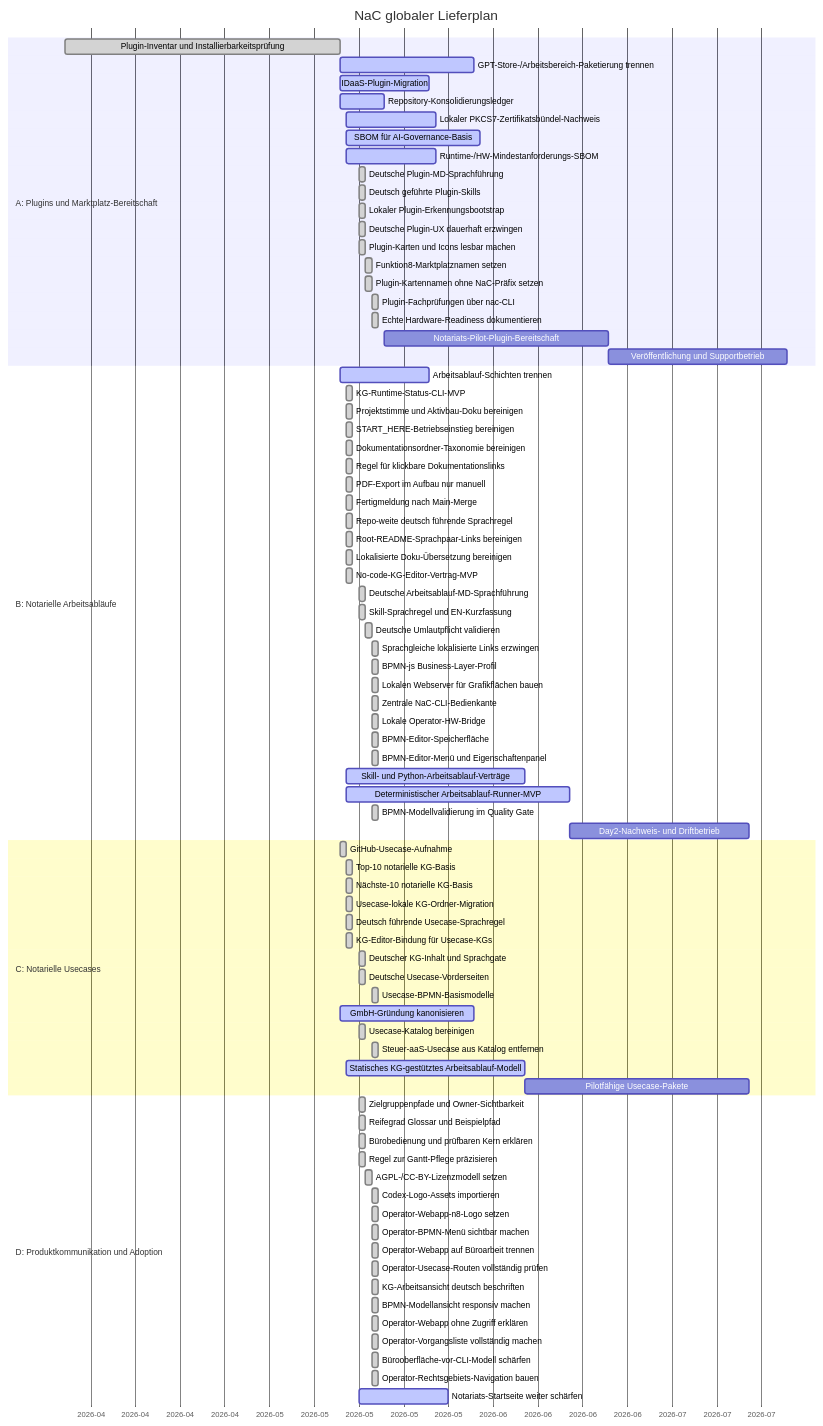
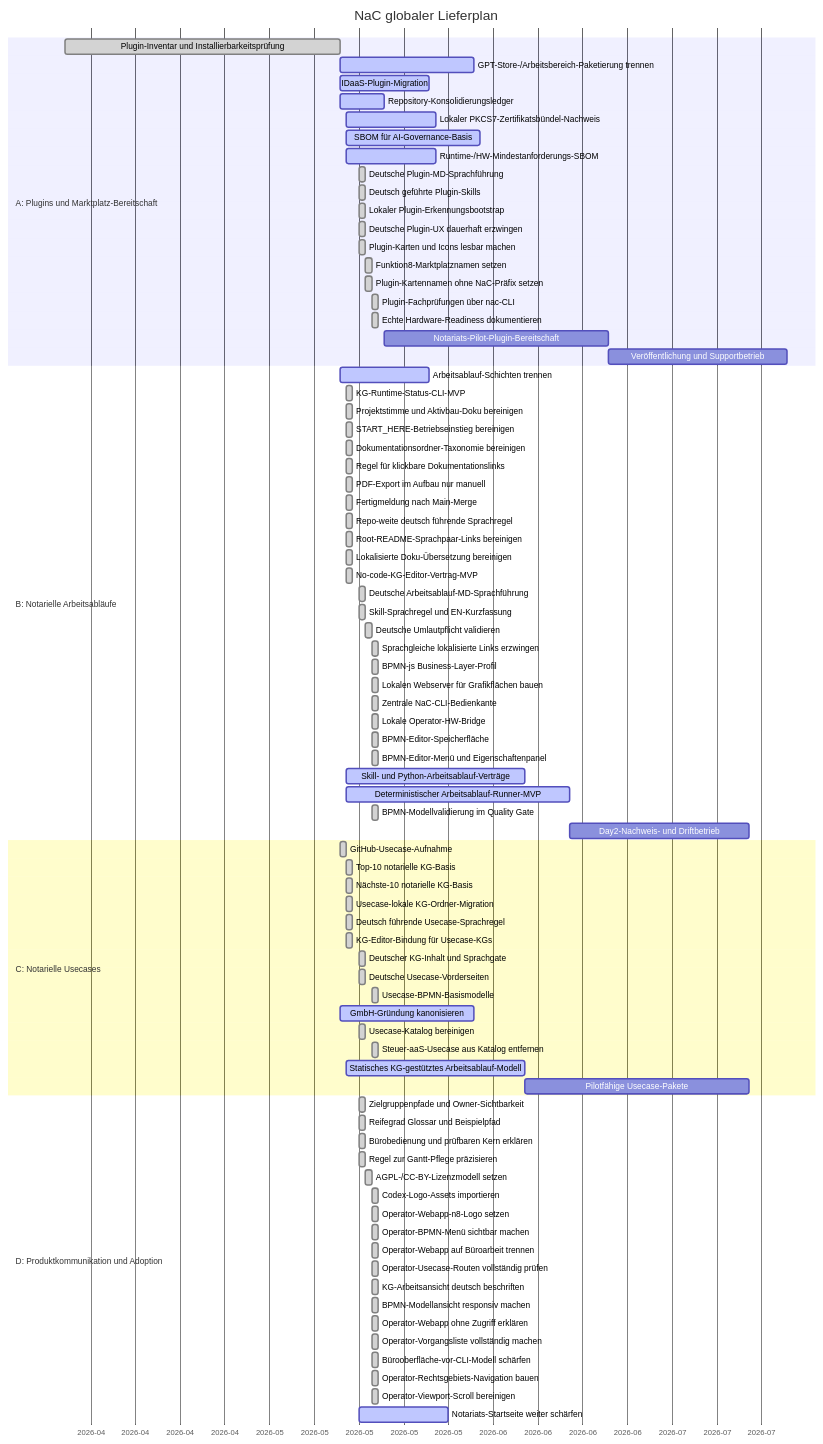
Before and after one commit to notariat8/NaC: the diagram in roadmap/GANTT.md, drawn with Mermaid. The commit also changed other lines of this file and 5 other files, not shown here.

Commit message:
Fix operator viewport overflow

````diff
--- a/roadmap/GANTT.md
+++ b/roadmap/GANTT.md
@@ -98,5 +98,6 @@
     Operator-Vorgangsliste vollständig machen    :done,    d1m, 2026-05-19, 1d
     Bürooberfläche-vor-CLI-Modell schärfen       :done,    d1n, 2026-05-19, 1d
     Operator-Rechtsgebiets-Navigation bauen      :done,    d1o, 2026-05-19, 1d
+    Operator-Viewport-Scroll bereinigen          :done,    d1p, 2026-05-19, 1d
     Notariats-Startseite weiter schärfen        :active,  d2, 2026-05-17, 14d
 ```
````
